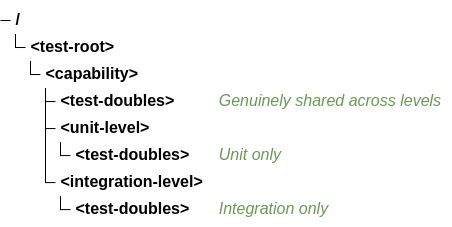
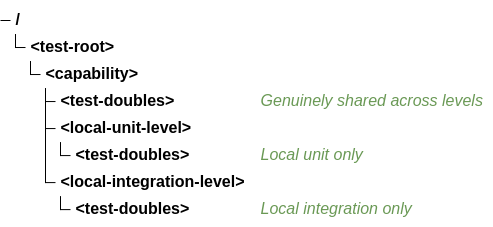
The first of 2 diagrams in plugin/skills/ptlam-code-style/references/test-doubles.md (fam-tung-lam/ptlam-agent-plugin), drawn with Mermaid before and after one commit. The commit also changed 13 other files, not shown here.

````diff
--- a/plugin/skills/ptlam-code-style/references/test-doubles.md
+++ b/plugin/skills/ptlam-code-style/references/test-doubles.md
@@ -53,10 +53,10 @@
 ```mermaid
 treeView-beta
     <test-root>/
         <capability>/
             <test-doubles>/ ## Genuinely shared across levels
-            <unit-level>/
-                <test-doubles>/ ## Unit only
-            <integration-level>/
-                <test-doubles>/ ## Integration only
+            <local-unit-level>/
+                <test-doubles>/ ## Local unit only
+            <local-integration-level>/
+                <test-doubles>/ ## Local integration only
 ```
````
